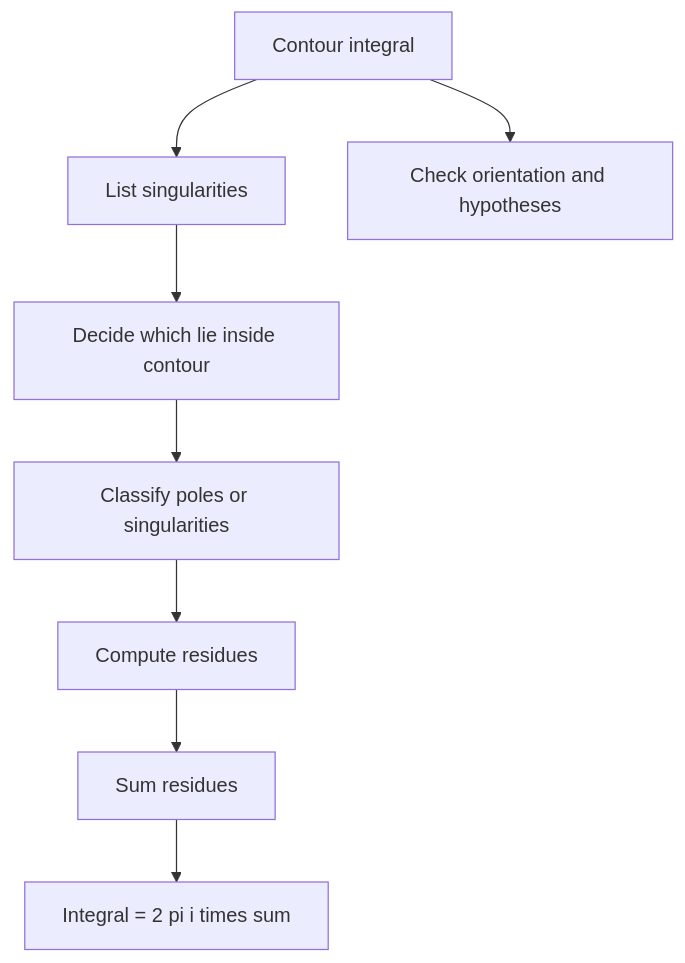
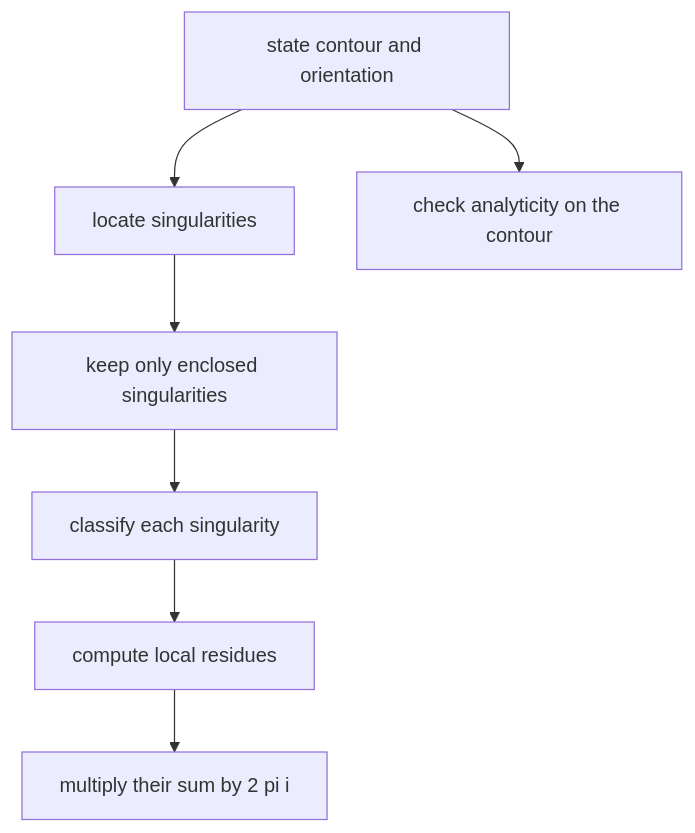
One commit to justinbrianhwang/SJ-wiki changed the diagram in docs/math/engineering-math/complex-integration-and-residues.md. Above: the diagram before and after it, drawn with Mermaid. The commit also changed other lines of this file and 955 other files, not shown here.

````diff
--- a/docs/math/engineering-math/complex-integration-and-residues.md
+++ b/docs/math/engineering-math/complex-integration-and-residues.md
@@ -114,10 +163,9 @@
 ```mermaid
 flowchart TD
-  A[Contour integral] --> B[List singularities]
-  B --> C[Decide which lie inside contour]
-  C --> D[Classify poles or singularities]
-  D --> E[Compute residues]
-  E --> F[Sum residues]
-  F --> G["Integral = 2 pi i times sum"]
-  A --> H[Check orientation and hypotheses]
+  C["state contour and orientation"] --> S["locate singularities"]
+  S --> I["keep only enclosed singularities"]
+  I --> K["classify each singularity"]
+  K --> R["compute local residues"]
+  R --> M["multiply their sum by 2 pi i"]
+  C --> H["check analyticity on the contour"]
 ```
````
